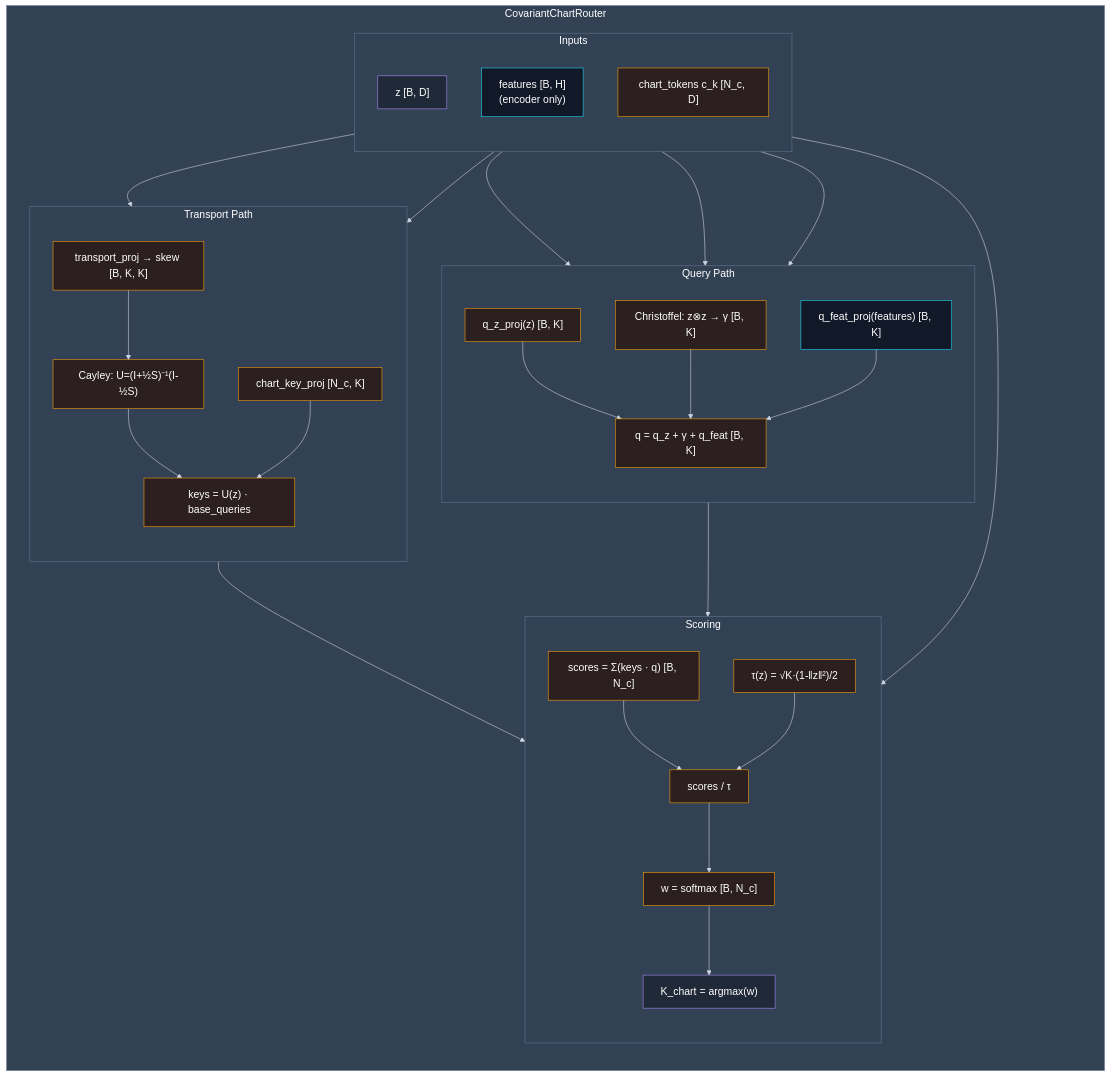
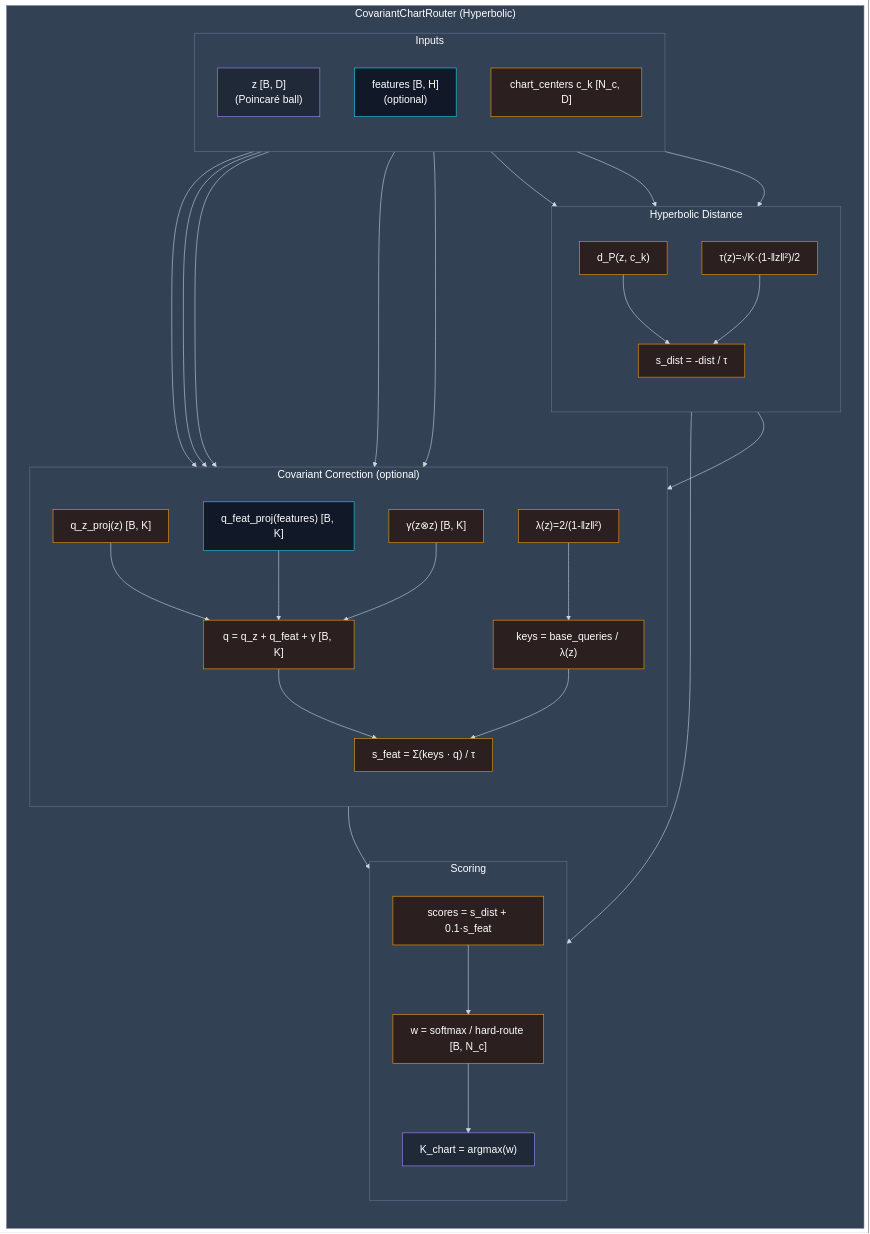
One commit to FragileTech/fragile changed the first of 4 diagrams in single_agent_tldr.md. Above: the diagram before and after it, drawn with Mermaid. The commit also changed other lines of this file and 9 other files, not shown here.

````diff
--- a/single_agent_tldr.md
+++ b/single_agent_tldr.md
@@ -16,69 +16,71 @@
 ```mermaid
 %%{init: {"themeVariables": {"background":"#1e293b","edgeLabelBackground":"#334155","textColor":"#ffffff","lineColor":"#cbd5e1","primaryColor":"#334155","primaryTextColor":"#ffffff","secondaryTextColor":"#ffffff","tertiaryTextColor":"#ffffff","titleColor":"#ffffff","nodeTextColor":"#ffffff","clusterBkg":"#334155","clusterBorder":"#64748b","fontSize":"18px"},"flowchart":{"nodeSpacing":60,"rankSpacing":70,"useMaxWidth":true}}}%%
 flowchart TB
-    subgraph ROUTER["CovariantChartRouter"]
+    subgraph ROUTER["CovariantChartRouter (Hyperbolic)"]
         direction TB
 
         subgraph INPUT["Inputs"]
             direction TB
-            Z["z [B, D]"]
-            F["features [B, H]<br/>(encoder only)"]
-            ChartTokens["chart_tokens c_k [N_c, D]"]
+            Z["z [B, D]<br/>(Poincaré ball)"]
+            F["features [B, H]<br/>(optional)"]
+            ChartTokens["chart_centers c_k [N_c, D]"]
         end
 
-        subgraph QUERY["Query Path"]
+        subgraph HYPER["Hyperbolic Distance"]
+            direction TB
+            Dist["d_P(z, c_k)"]
+            Tau["τ(z)=√K·(1-‖z‖²)/2"]
+            Sdist["s_dist = -dist / τ"]
+        end
+
+        subgraph CORR["Covariant Correction (optional)"]
             direction TB
             Qz["q_z_proj(z) [B, K]"]
-            Gamma["Christoffel: z⊗z → γ [B, K]"]
             Qfeat["q_feat_proj(features) [B, K]"]
-            Qsum["q = q_z + γ + q_feat [B, K]"]
-        end
-
-        subgraph TRANSPORT["Transport Path"]
-            direction TB
-            Transport["transport_proj → skew [B, K, K]"]
-            Cayley["Cayley: U=(I+½S)⁻¹(I-½S)"]
-            KeyProj["chart_key_proj [N_c, K]"]
-            Keys["keys = U(z) · base_queries"]
+            Gamma["γ(z⊗z) [B, K]"]
+            Qsum["q = q_z + q_feat + γ [B, K]"]
+            Lambda["λ(z)=2/(1-‖z‖²)"]
+            Keys["keys = base_queries / λ(z)"]
+            Sfeat["s_feat = Σ(keys · q) / τ"]
         end
 
         subgraph SCORING["Scoring"]
             direction TB
-            Scores["scores = Σ(keys · q) [B, N_c]"]
-            Tau["τ(z) = √K·(1-‖z‖²)/2"]
-            Scale["scores / τ"]
-            W["w = softmax [B, N_c]"]
+            Scores["scores = s_dist + 0.1·s_feat"]
+            W["w = softmax / hard-route [B, N_c]"]
             Kchart["K_chart = argmax(w)"]
         end
     end
 
+    Z --> Dist
+    ChartTokens --> Dist
+    Z --> Tau
+    Dist --> Sdist
+    Tau --> Sdist
+
     Z --> Qz
+    F --> Qfeat
     Z --> Gamma
-    F --> Qfeat
     Qz --> Qsum
+    Qfeat --> Qsum
     Gamma --> Qsum
-    Qfeat --> Qsum
+    Z --> Lambda
+    ChartTokens --> Keys
+    Lambda --> Keys
+    Qsum --> Sfeat
+    Keys --> Sfeat
+    Tau --> Sfeat
 
-    Z --> Transport
-    Transport --> Cayley
-    ChartTokens --> KeyProj
-    Cayley --> Keys
-    KeyProj --> Keys
-
-    Qsum --> Scores
-    Keys --> Scores
-    Z --> Tau
-    Scores --> Scale
-    Tau --> Scale
-    Scale --> W
-    W --> Kchart
+    Sdist --> Scores
+    Sfeat --> Scores
+    Scores --> W --> Kchart
 
     classDef io fill:#0b1320,stroke:#93c5fd,stroke-width:1px,color:#ffffff;
     classDef feat fill:#111827,stroke:#22d3ee,stroke-width:1px,color:#ffffff;
     classDef router fill:#2b1f1f,stroke:#f59e0b,stroke-width:1px,color:#ffffff;
     classDef geom fill:#1f2937,stroke:#a78bfa,stroke-width:1px,color:#ffffff;
 
     class Z,Kchart geom;
     class F,Qfeat feat;
-    class Qz,Gamma,Qsum,Transport,Cayley,ChartTokens,KeyProj,Keys,Scores,Tau,Scale,W router;
+    class Dist,Tau,Sdist,Qz,Gamma,Qsum,Lambda,Keys,Sfeat,Scores,W,ChartTokens router;
 ```
````
